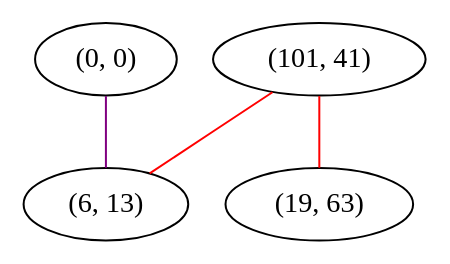
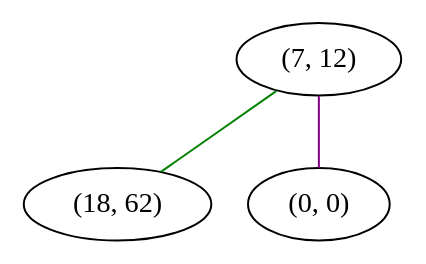
Before and after one commit to FelixMcFelix/sip-for-cv-paper: the diagram in graphviz/hwrt/r-5/train/1577.gv, drawn with Graphviz. The commit also changed 22572 other files, not shown here.

Commit message:
Report changes, more graphs

```diff
--- a/graphviz/hwrt/r-5/train/1577.gv
+++ b/graphviz/hwrt/r-5/train/1577.gv
@@ -1,9 +1,7 @@
 graph "" {
-"(101, 41)";
+"(7, 12)";
+"(18, 62)";
 "(0, 0)";
-"(6, 13)";
-"(19, 63)";
-"(101, 41)" -- "(19, 63)"  [color=red, key=0, weight=1];
-"(101, 41)" -- "(6, 13)"  [color=red, key=0, weight=1];
-"(0, 0)" -- "(6, 13)"  [color=purple, key=0, weight=4];
+"(7, 12)" -- "(18, 62)"  [color=green, key=0, weight=2];
+"(7, 12)" -- "(0, 0)"  [color=purple, key=0, weight=4];
 }
```
